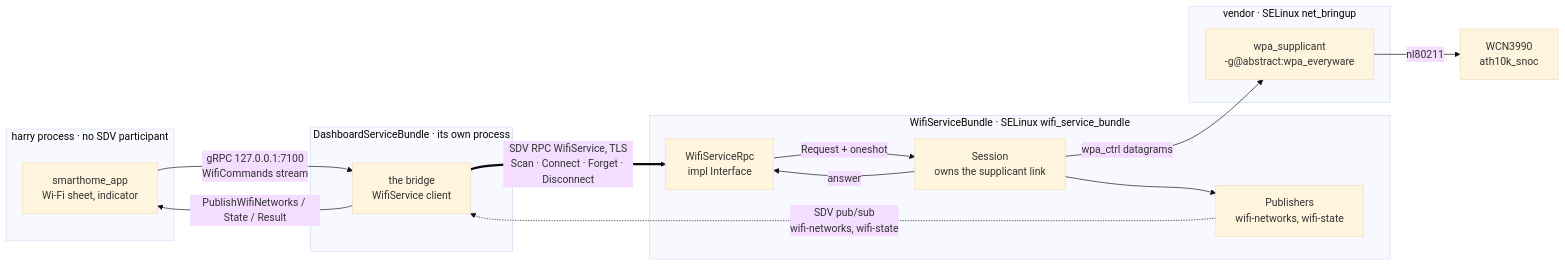
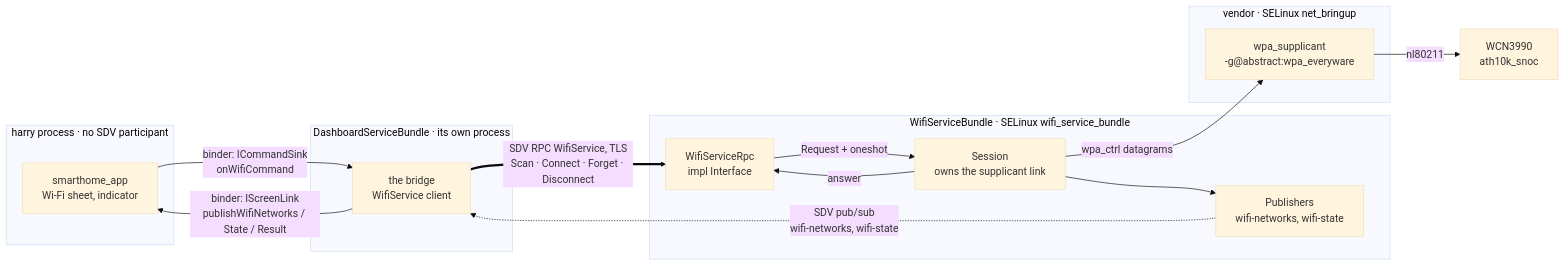
One commit to sdv-everyware/everyware changed the first of 2 diagrams in bundles/wifi/README.md. Above: the diagram before and after it, drawn with Mermaid (base theme). The commit also changed other lines of this file and 9 other files, not shown here.

Commit message:
screen link: one shared crate for the apps, old gRPC proto removed (#67)

````diff
--- a/bundles/wifi/README.md
+++ b/bundles/wifi/README.md
@@ -8,28 +8,28 @@
 ```mermaid
 flowchart LR
     subgraph harry["harry process · no SDV participant"]
         SHEET["smarthome_app<br/>Wi-Fi sheet, indicator"]
     end
     subgraph dash["DashboardServiceBundle · its own process"]
         BRIDGE["the bridge<br/>WifiService client"]
     end
     subgraph wifi["WifiServiceBundle · SELinux wifi_service_bundle"]
         RPC["WifiServiceRpc<br/>impl Interface"]
         SES["Session<br/>owns the supplicant link"]
         PUB["Publishers<br/>wifi-networks, wifi-state"]
     end
     subgraph vendor["vendor · SELinux net_bringup"]
         WPA["wpa_supplicant<br/>-g@abstract:wpa_everyware"]
     end
     CHIP["WCN3990<br/>ath10k_snoc"]
 
-    SHEET -- "gRPC 127.0.0.1:7100<br/>WifiCommands stream" --> BRIDGE
-    BRIDGE -- "PublishWifiNetworks / State / Result" --> SHEET
+    SHEET -- "binder: ICommandSink<br/>onWifiCommand" --> BRIDGE
+    BRIDGE -- "binder: IScreenLink<br/>publishWifiNetworks / State / Result" --> SHEET
     BRIDGE == "SDV RPC WifiService, TLS<br/>Scan · Connect · Forget · Disconnect" ==> RPC
     RPC -- "Request + oneshot" --> SES
     SES -- "answer" --> RPC
     SES --> PUB
     PUB -. "SDV pub/sub<br/>wifi-networks, wifi-state" .-> BRIDGE
     SES -- "wpa_ctrl datagrams" --> WPA
     WPA -- "nl80211" --> CHIP
 ```
````
